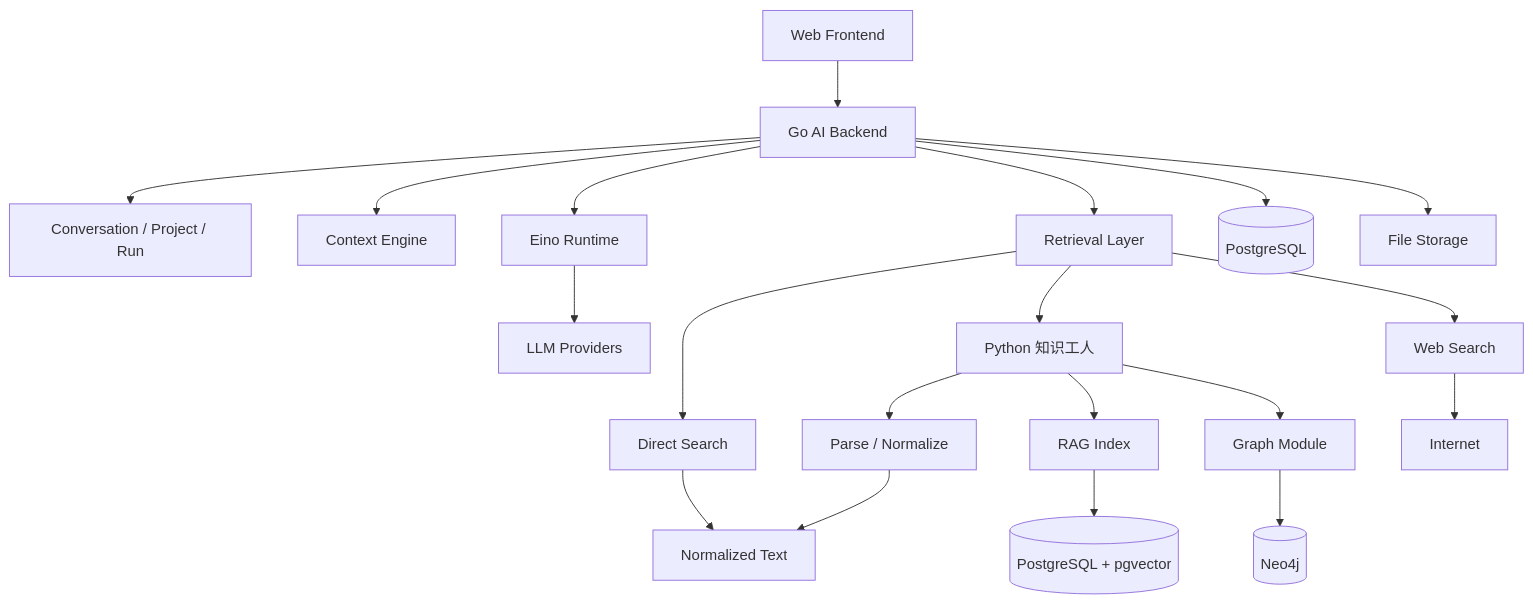
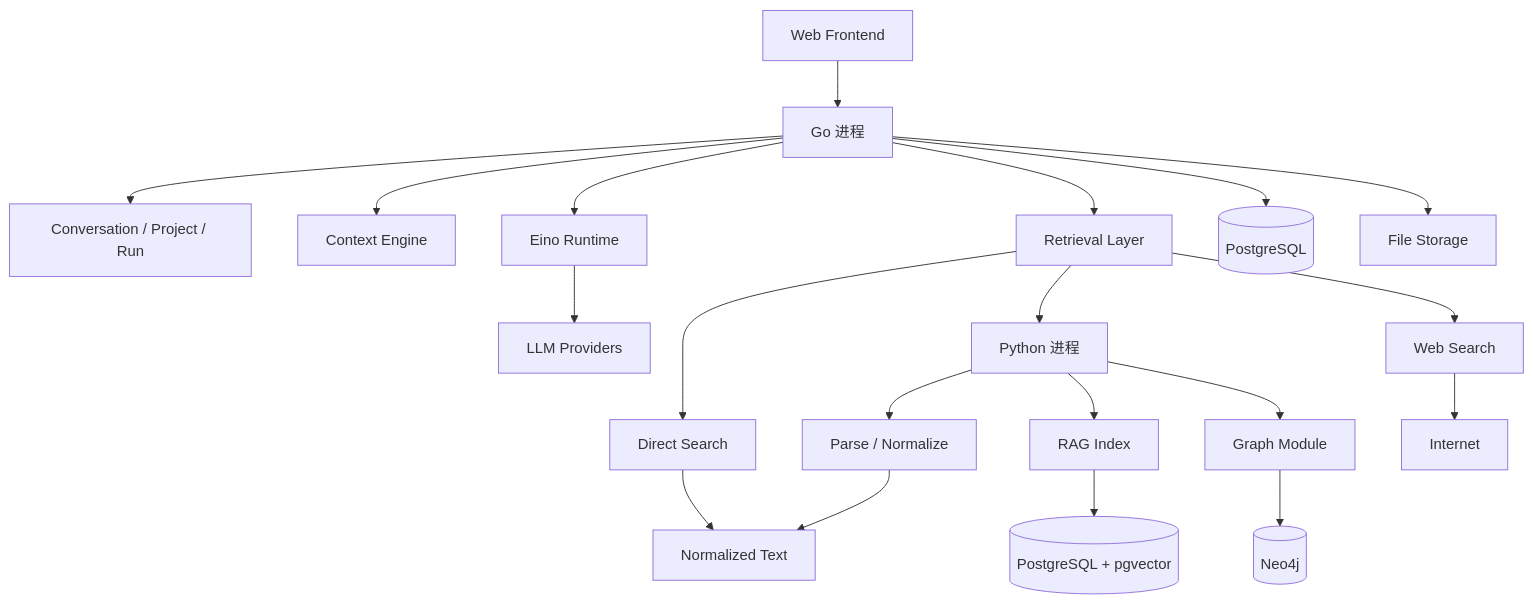
One commit to luanchang-zh/ChatDesk changed the first of 3 diagrams in docs/total/03_system_architecture.md. Above: the diagram before and after it, drawn with Mermaid. The commit also changed other lines of this file and 28 other files, not shown here.

````diff
--- a/docs/total/03_system_architecture.md
+++ b/docs/total/03_system_architecture.md
@@ -32,28 +33,28 @@
 ```mermaid
 flowchart TB
     User[Web Frontend]
-    User --> Go[Go AI Backend]
+    User --> Go[Go 进程]
 
     Go --> Conv[Conversation / Project / Run]
     Go --> Context[Context Engine]
     Go --> Eino[Eino Runtime]
     Go --> Retrieval[Retrieval Layer]
 
     Retrieval --> Direct[Direct Search]
-    Retrieval --> Worker[Python 知识工人]
+    Retrieval --> Py[Python 进程]
     Retrieval --> Web[Web Search]
 
-    Worker --> Parse[Parse / Normalize]
-    Worker --> RAG[RAG Index]
-    Worker --> Graph[Graph Module]
+    Py --> Parse[Parse / Normalize]
+    Py --> RAG[RAG Index]
+    Py --> Graph[Graph Module]
 
     Direct --> Corpus[Normalized Text]
     Parse --> Corpus
     RAG --> Vector[(PostgreSQL + pgvector)]
     Graph --> Neo4j[(Neo4j)]
     Web --> Internet[Internet]
 
     Eino --> LLM[LLM Providers]
     Go --> DB[(PostgreSQL)]
     Go --> Files[File Storage]
 ```
````
